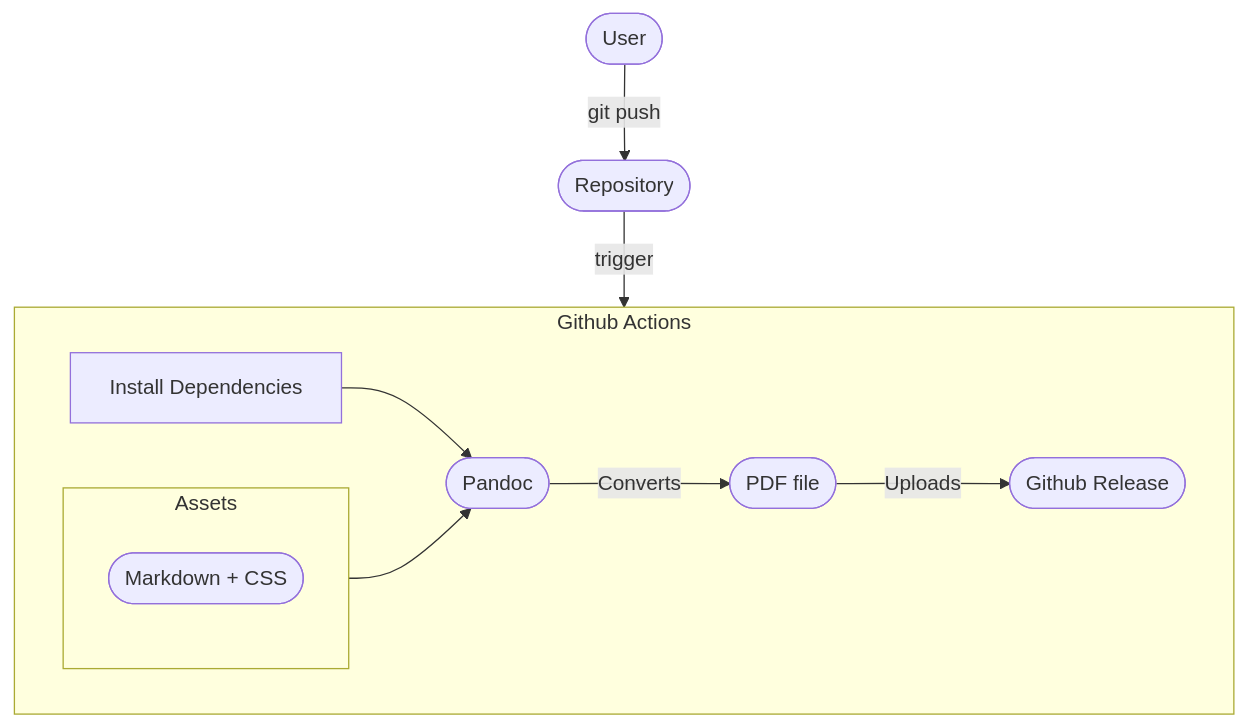
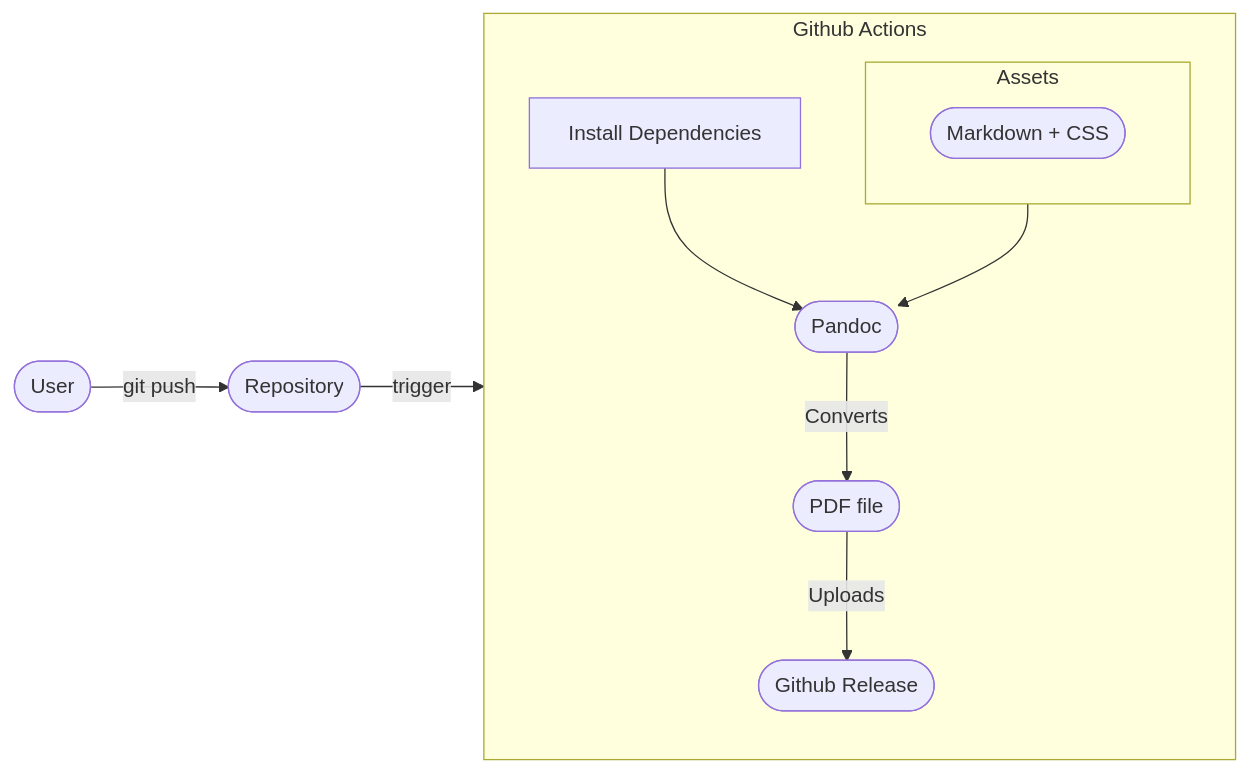
The diagram in content/blog/cicd-your-cv/index.md (ShaharNaveh/ShaharNaveh.github.io), drawn with Mermaid before and after one commit.

````diff
--- a/content/blog/cicd-your-cv/index.md
+++ b/content/blog/cicd-your-cv/index.md
@@ -17,25 +17,25 @@
 ```mermaid
-flowchart TD
+flowchart LR
   user([User])
   repository([Repository])
   action([Github Action])
   dependencies["Install Dependencies"]
   pandoc([Pandoc])
   markdown_css([Markdown + CSS])
   pdf([PDF file])
   release([Github Release])
   
   subgraph action [Github Actions]
     dependencies-->pandoc
     pandoc-- Converts -->pdf
     pdf-- Uploads -->release
 
     subgraph assets [Assets]
       markdown_css
     end
   end
 
 user-- git push -->repository
 repository-- trigger -->action
 assets-->pandoc
 ```
````
